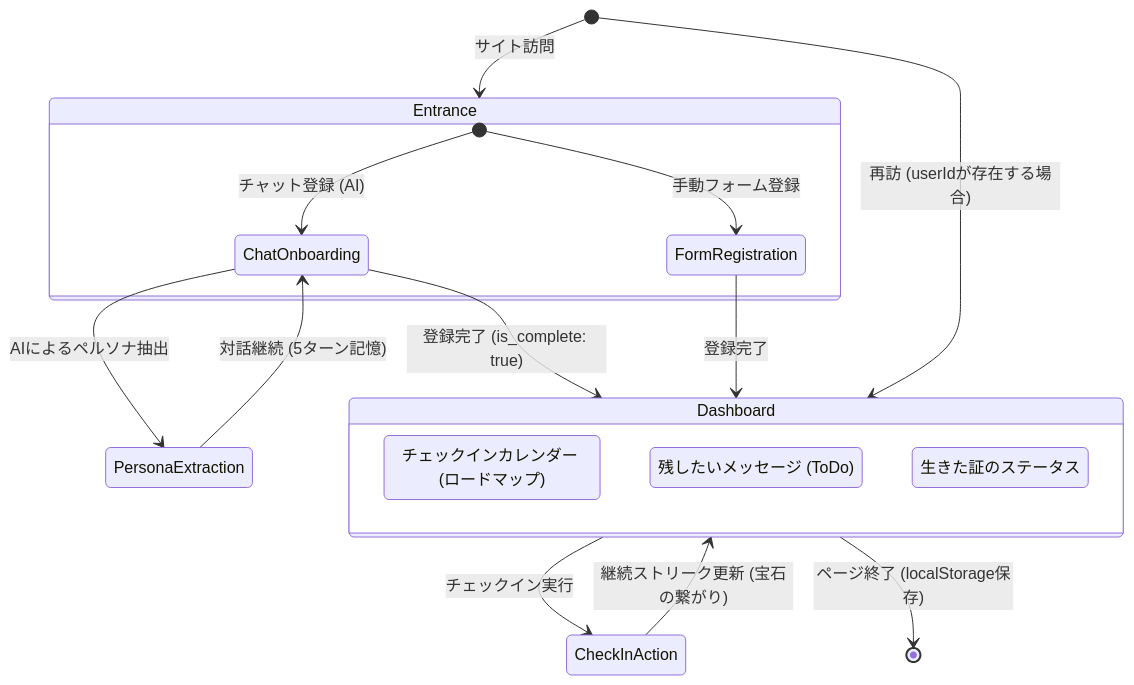
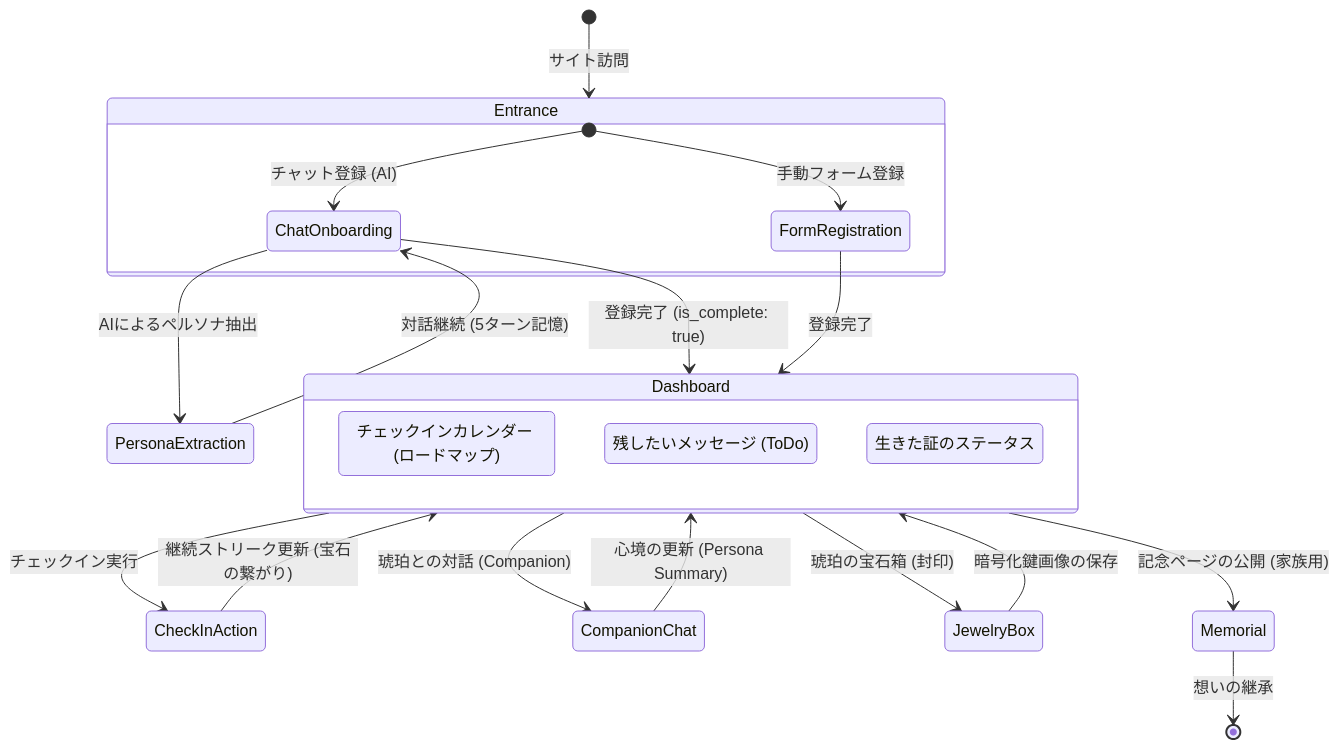
Before and after one commit to jerrywdlee/amber-ink: the second of 2 diagrams in SYSTEM_SUMMARY.md, drawn with Mermaid. The commit also changed other lines of this file and 1 other file, not shown here.

Commit message:
docs: Update project overview and system summary documentation.

````diff
--- a/SYSTEM_SUMMARY.md
+++ b/SYSTEM_SUMMARY.md
@@ -63,28 +65,34 @@
 ```mermaid
 stateDiagram-v2
     [*] --> Entrance: サイト訪問
     
     state Entrance {
         [*] --> ChatOnboarding: チャット登録 (AI)
         [*] --> FormRegistration: 手動フォーム登録
     }
     
     ChatOnboarding --> PersonaExtraction: AIによるペルソナ抽出
     PersonaExtraction --> ChatOnboarding: 対話継続 (5ターン記憶)
     
     ChatOnboarding --> Dashboard: 登録完了 (is_complete: true)
     FormRegistration --> Dashboard: 登録完了
     
     state Dashboard {
         direction TB
         Roadmap: チェックインカレンダー (ロードマップ)
         Checklist: 残したいメッセージ (ToDo)
         LiveProof: 生きた証のステータス
     }
     
     Dashboard --> CheckInAction: チェックイン実行
     CheckInAction --> Dashboard: 継続ストリーク更新 (宝石の繋がり)
-    
-    Dashboard --> [*]: ページ終了 (localStorage保存)
-    [*] --> Dashboard: 再訪 (userIdが存在する場合)
+
+    Dashboard --> CompanionChat: 琥珀との対話 (Companion)
+    CompanionChat --> Dashboard: 心境の更新 (Persona Summary)
+
+    Dashboard --> JewelryBox: 琥珀の宝石箱 (封印)
+    JewelryBox --> Dashboard: 暗号化鍵画像の保存
+
+    Dashboard --> Memorial: 記念ページの公開 (家族用)
+    Memorial --> [*]: 想いの継承
 ```
````
